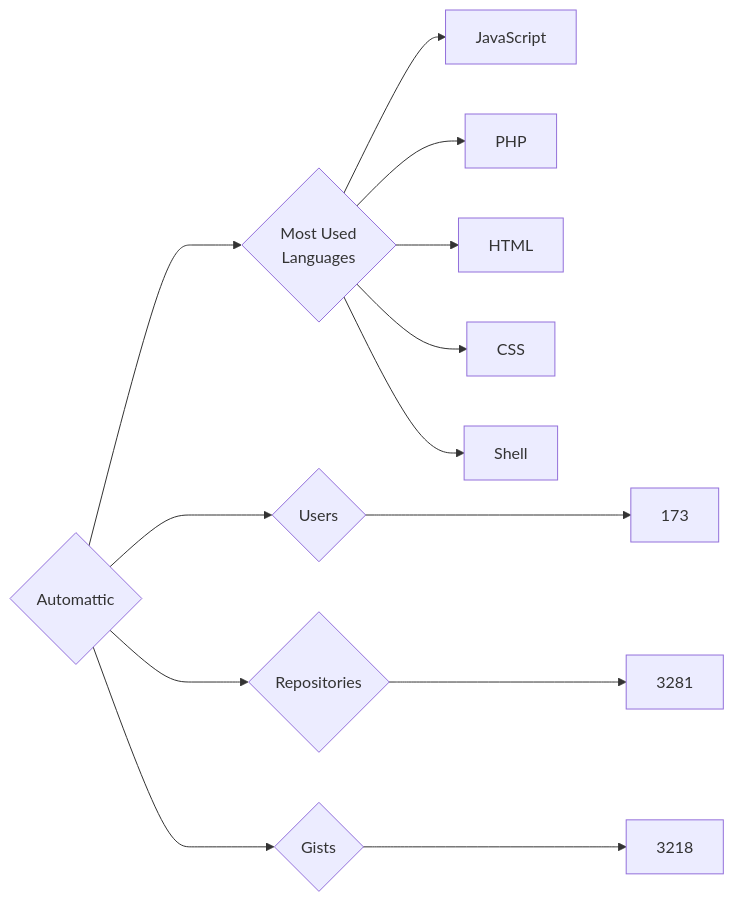
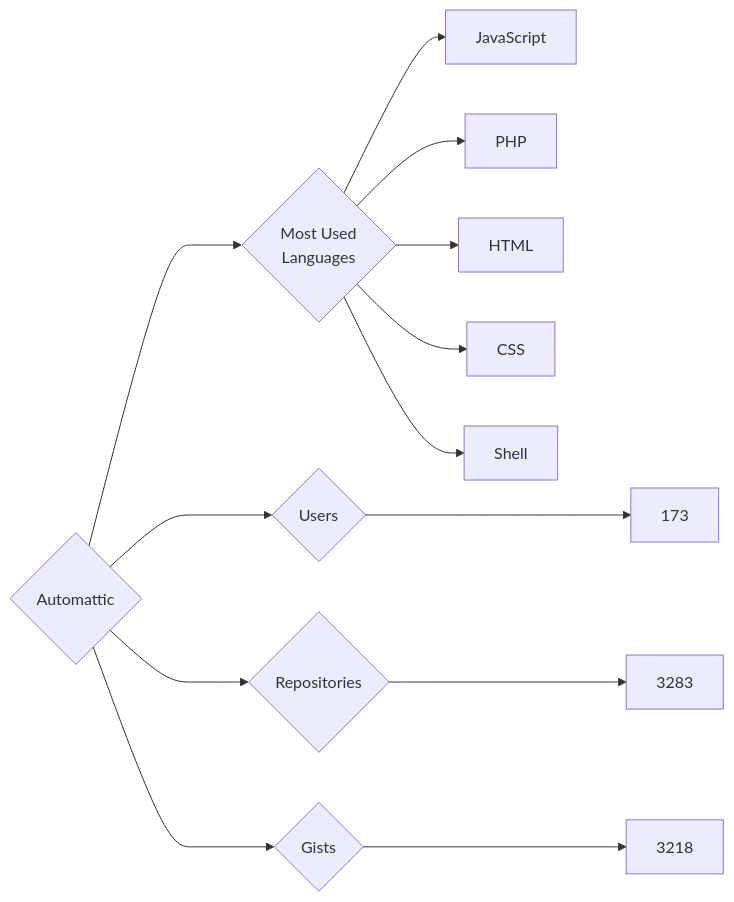
The diagram in targets/Automattic/README.md (trickest/insiders), drawn with Mermaid before and after one commit. The commit also changed 682 other files, not shown here.

````diff
--- a/targets/Automattic/README.md
+++ b/targets/Automattic/README.md
@@ -3,13 +3,13 @@
 ```mermaid
 graph LR
 COMPANY_NAME{Automattic}
 COMPANY_NAME ---> U{Users} ---> UN[173]
-COMPANY_NAME ---> R{Repositories} ---> RN[3281]
+COMPANY_NAME ---> R{Repositories} ---> RN[3283]
 COMPANY_NAME ---> G{Gists} ---> GN[3218]
 COMPANY_NAME ---> ML{Most Used<br>Languages}
 ML --> JavaScript[JavaScript]
 ML --> PHP[PHP]
 ML --> HTML[HTML]
 ML --> CSS[CSS]
 ML --> Shell[Shell]
 ```
````
